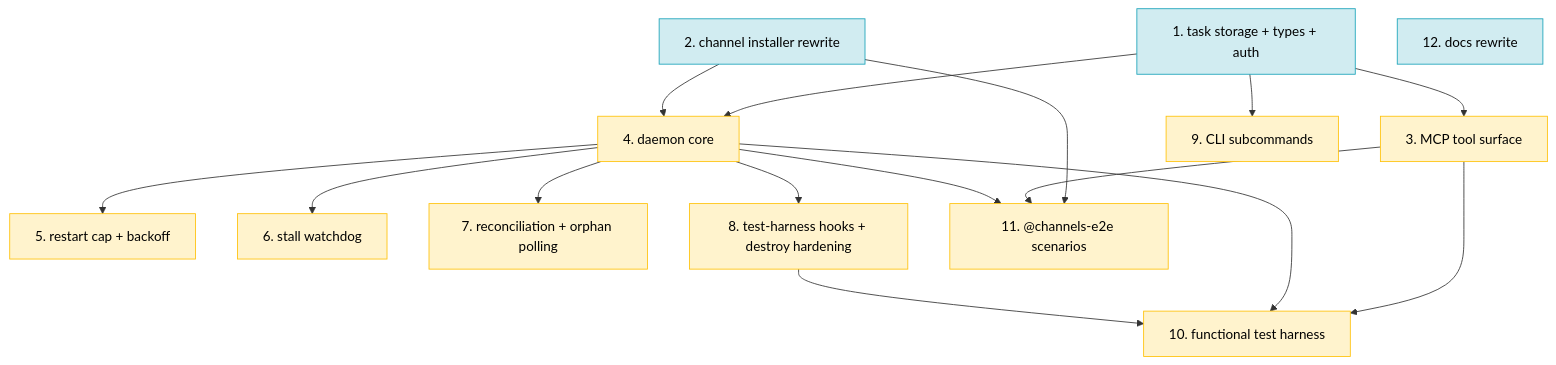
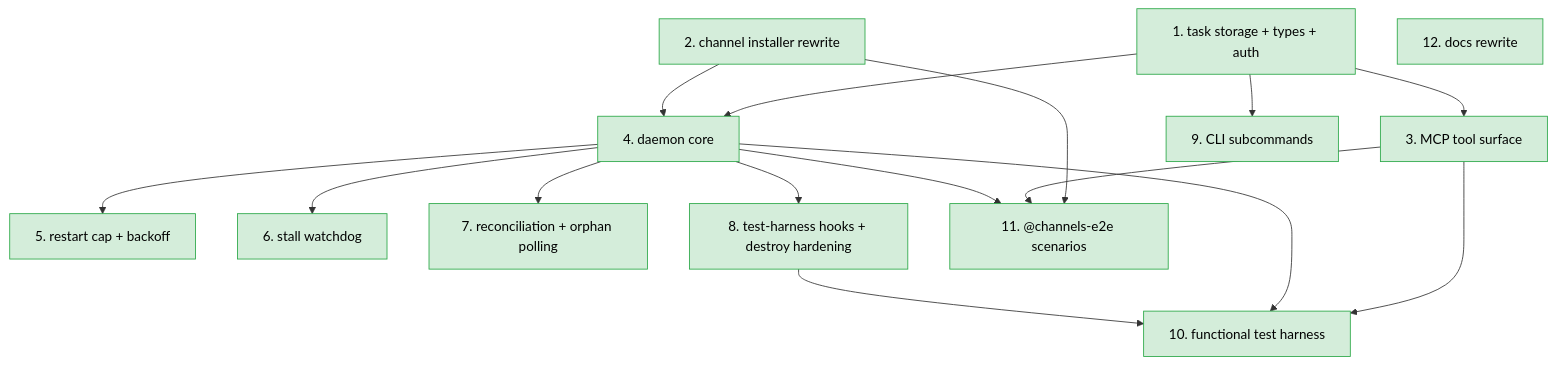
The first of 2 diagrams in docs/plans/PLAN-cross-session-communication.md (tsukumogami/niwa), drawn with Mermaid before and after one commit. The commit also changed other lines of this file and 5 other files, not shown here.

````diff
--- a/docs/plans/PLAN-cross-session-communication.md
+++ b/docs/plans/PLAN-cross-session-communication.md
@@ -447,40 +819,40 @@
 ```mermaid
 graph TD
-    I1["1. task storage + types + auth"]:::ready
-    I2["2. channel installer rewrite"]:::ready
-    I3["3. MCP tool surface"]:::blocked
-    I4["4. daemon core"]:::blocked
-    I5["5. restart cap + backoff"]:::blocked
-    I6["6. stall watchdog"]:::blocked
-    I7["7. reconciliation + orphan polling"]:::blocked
-    I8["8. test-harness hooks + destroy hardening"]:::blocked
-    I9["9. CLI subcommands"]:::blocked
-    I10["10. functional test harness"]:::blocked
-    I11["11. @channels-e2e scenarios"]:::blocked
-    I12["12. docs rewrite"]:::ready
+    I1["1. task storage + types + auth"]:::done
+    I2["2. channel installer rewrite"]:::done
+    I3["3. MCP tool surface"]:::done
+    I4["4. daemon core"]:::done
+    I5["5. restart cap + backoff"]:::done
+    I6["6. stall watchdog"]:::done
+    I7["7. reconciliation + orphan polling"]:::done
+    I8["8. test-harness hooks + destroy hardening"]:::done
+    I9["9. CLI subcommands"]:::done
+    I10["10. functional test harness"]:::done
+    I11["11. @channels-e2e scenarios"]:::done
+    I12["12. docs rewrite"]:::done
 
     I1 --> I3
     I1 --> I4
     I1 --> I9
     I2 --> I4
     I2 --> I11
     I3 --> I10
     I3 --> I11
     I4 --> I5
     I4 --> I6
     I4 --> I7
     I4 --> I8
     I4 --> I10
     I4 --> I11
     I8 --> I10
 
     classDef done fill:#d4edda,stroke:#28a745,color:#000
     classDef ready fill:#d1ecf1,stroke:#17a2b8,color:#000
     classDef blocked fill:#fff3cd,stroke:#ffc107,color:#000
     classDef needsDesign fill:#e2d5f0,stroke:#6f42c1,color:#000
     classDef needsPrd fill:#ffe4e1,stroke:#dc3545,color:#000
     classDef needsSpike fill:#fde0c4,stroke:#fd7e14,color:#000
     classDef needsDecision fill:#f5d6e0,stroke:#e83e8c,color:#000
     classDef tracksDesign fill:#e8dff7,stroke:#7952b3,color:#000
     classDef tracksPlan fill:#f8d7da,stroke:#bd2130,color:#000
 ```
````
